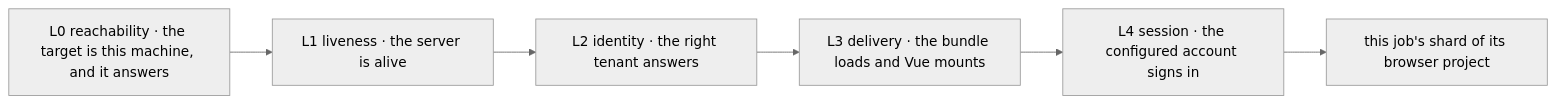
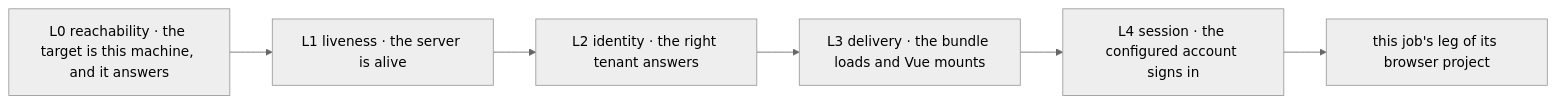
One commit to geins-io/sales-portal changed the second of 6 diagrams in docs/test-layers.md. Above: the diagram before and after it, drawn with Mermaid (neutral theme). The commit also changed other lines of this file and 6 other files, not shown here.

````diff
--- a/docs/test-layers.md
+++ b/docs/test-layers.md
@@ -54,8 +54,8 @@
 ```mermaid
 flowchart LR
     P0["L0 reachability · the target is this machine, and it answers"] --> P1["L1 liveness · the server is alive"]
     P1 --> P2["L2 identity · the right tenant answers"]
     P2 --> P3["L3 delivery · the bundle loads and Vue mounts"]
     P3 --> P4["L4 session · the configured account signs in"]
-    P4 --> PROJ["this job's shard of its browser project"]
+    P4 --> PROJ["this job's leg of its browser project"]
 ```
````
